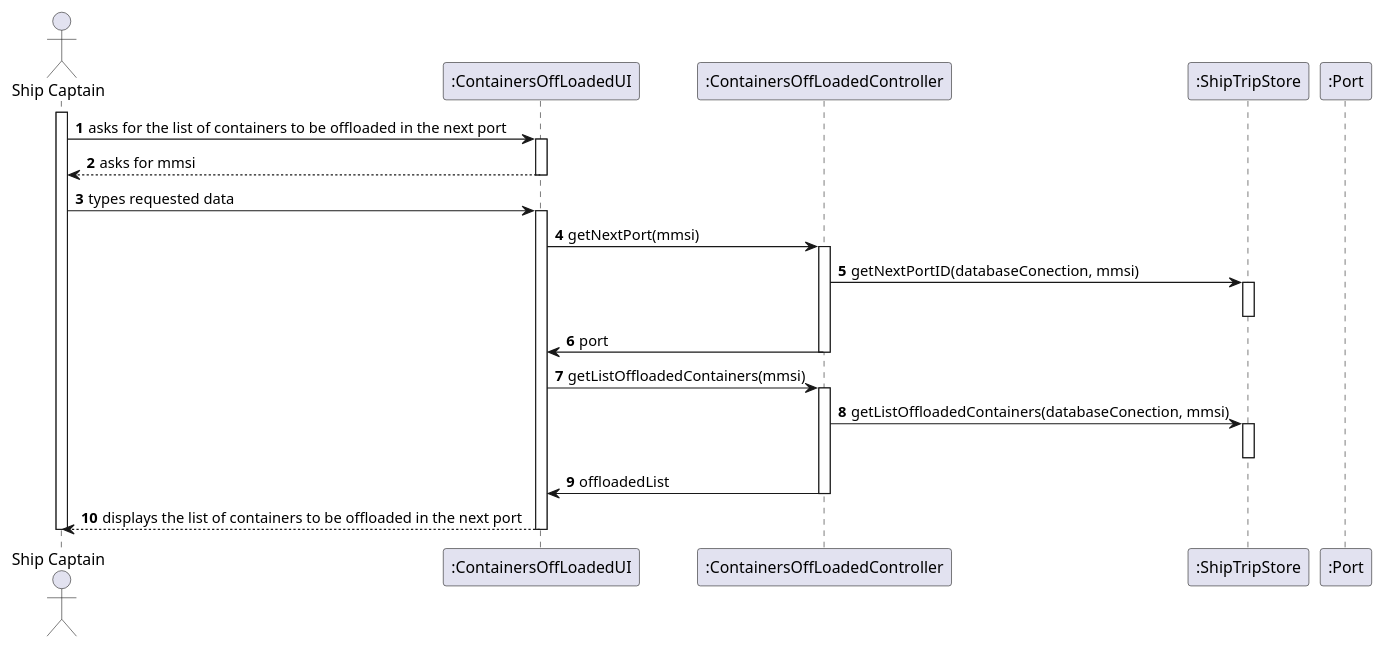
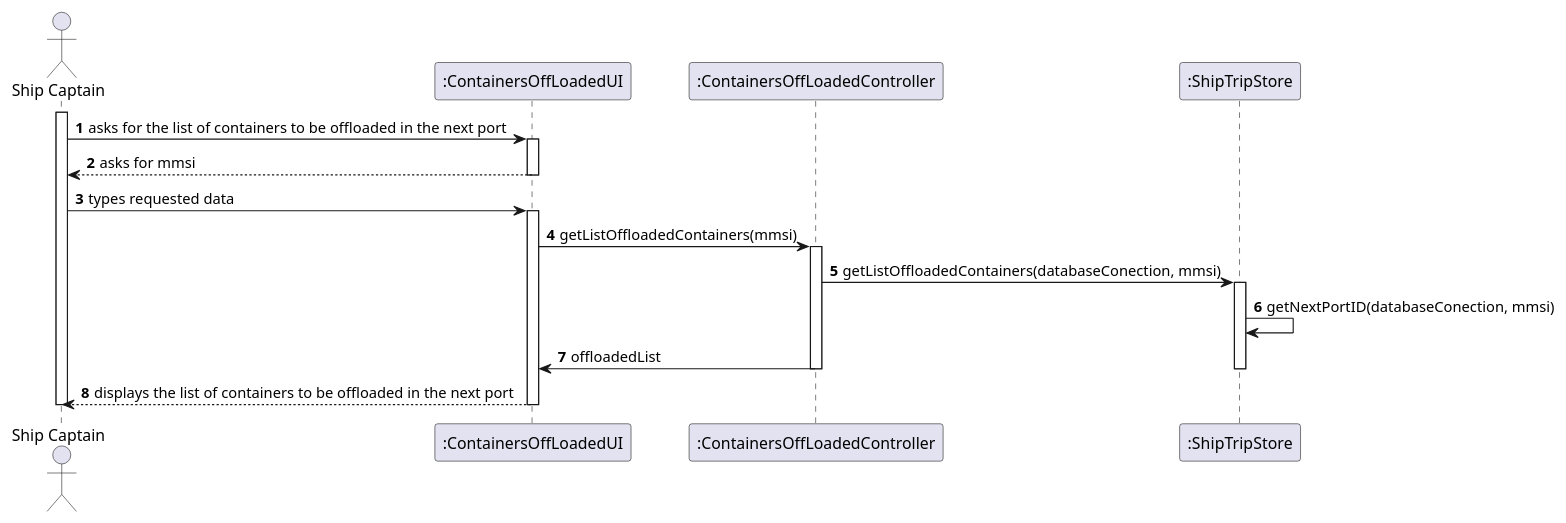
The diagram in docs/US205/US205_SD.puml (ana-albergaria/LAPR3-ISEP), drawn with PlantUML before and after one commit. The commit also changed 1 other file, not shown here.

```diff
--- a/docs/US205/US205_SD.puml
+++ b/docs/US205/US205_SD.puml
@@ -1,35 +1,30 @@
 @startuml
 autonumber
 'hide footbox
 actor "Ship Captain" as SC
 participant ":ContainersOffLoadedUI" as UI
 participant ":ContainersOffLoadedController" as CTRL
 participant ":ShipTripStore" as SBST
-participant ":Port" as PORT
 
 activate SC
 SC -> UI :asks for the list of containers to be offloaded in the next port
 activate UI
 UI --> SC : asks for mmsi
 deactivate UI
 SC -> UI : types requested data
 activate UI
-UI -> CTRL : getNextPort(mmsi)
-activate CTRL
-CTRL -> SBST : getNextPortID(databaseConection, mmsi)
-activate SBST
-deactivate SBST
-CTRL -> UI : port
-deactivate CTRL
+
 UI -> CTRL : getListOffloadedContainers(mmsi)
 activate CTRL
 CTRL -> SBST : getListOffloadedContainers(databaseConection, mmsi)
+
 activate SBST
+SBST -> SBST : getNextPortID(databaseConection, mmsi)
+CTRL -> UI : offloadedList
 deactivate SBST
-CTRL -> UI : offloadedList
 deactivate CTRL
 UI --> SC : displays the list of containers to be offloaded in the next port
 deactivate UI
 deactivate SC
 
 @enduml
```
